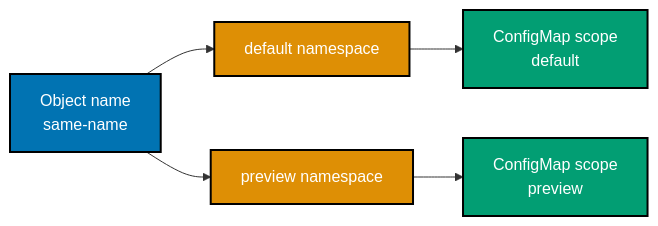
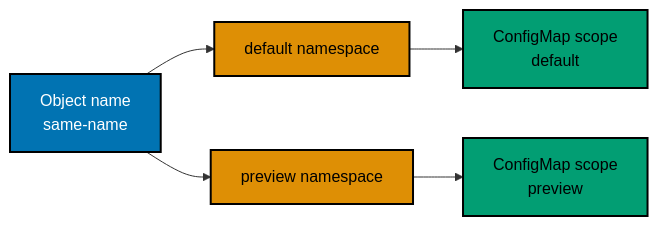
Before and after one commit to wahidyankf/ose-public: diagram 13 of 17 in apps/ayokoding-www/content/en/learn/courses/containers-and-orchestration/learning/intermediate.md, drawn with Mermaid. The commit also changed other lines of this file and 144 other files, not shown here.

First line of the commit message:
fix(mermaid): bring the first half of the courses diagrams onto the accessible palette

````diff
--- a/apps/ayokoding-www/content/en/learn/courses/containers-and-orchestration/learning/intermediate.md
+++ b/apps/ayokoding-www/content/en/learn/courses/containers-and-orchestration/learning/intermediate.md
@@ -951,14 +987,17 @@
 ```mermaid
 %% Color Palette: Blue #0173B2, Orange #DE8F05, Teal #029E73; color-blind friendly WCAG AA palette
 graph LR
+    accTitle: Example 49: Namespace
+    accDescr: Graph with 5 nodes and 4 connections. Nodes: Object name same-name, default namespace, preview namespace, ConfigMap scope default, ConfigMap scope preview. Connections: Object name same-name to default namespace, default namespace to ConfigMap scope default, Object name same-name to preview namespace, preview namespace to ConfigMap scope preview.
     N["Object name<br/>same-name"]:::blue
     D["default namespace"]:::orange
     P["preview namespace"]:::orange
     DC["ConfigMap scope<br/>default"]:::teal
     PC["ConfigMap scope<br/>preview"]:::teal
     N --> D --> DC
     N --> P --> PC
     classDef blue fill:#0173B2,stroke:#000000,color:#FFFFFF,stroke-width:2px
-    classDef teal fill:#029E73,stroke:#000000,color:#FFFFFF,stroke-width:2px
-    classDef orange fill:#DE8F05,stroke:#000000,color:#FFFFFF,stroke-width:2px
+    classDef teal fill:#029E73,stroke:#000000,color:#000000,stroke-width:2px
+    classDef orange fill:#DE8F05,stroke:#000000,color:#000000,stroke-width:2px
+    classDef default fill:#FFFFFF,stroke:#000000,color:#000000
 ```
````
